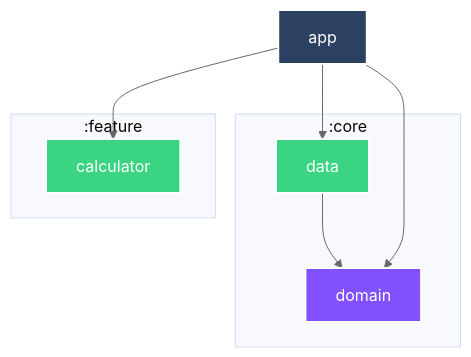
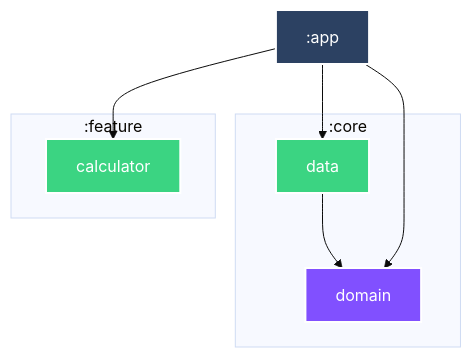
One commit to Mett-Barr/flights-information changed the diagram in README.md. Above: the diagram before and after it, drawn with Mermaid. The commit also changed 1 other file, not shown here.

Commit message:
build: flatten the module graph so it stops emitting a duplicate node
外掛 0.13.0 的巢狀分組在同一個模組同時是來源與目標時，會連同
configuration 一起做去重，於是 :core:data 被輸出兩次。平面分組改以
完整模組路徑去重，不會有這個問題。

同時移除 lineColor 覆寫，讓顏色只由模組類型的 classDef 決定；
四條相依全是 implementation，邊上的標籤只會重複資訊，一併關掉。

````diff
--- a/README.md
+++ b/README.md
@@ -93,33 +93,29 @@
 ```mermaid
 %%{
   init: {
-    'theme': 'base',
-    'themeVariables': {"lineColor":"#676767"}
+    'theme': 'base'
   }
 }%%
 
 graph TB
-  :app["app"]
   subgraph :core
     :core:data["data"]
     :core:domain["domain"]
-    :core:data["data"]
   end
   subgraph :feature
     :feature:calculator["calculator"]
   end
-
   :core:data --> :core:domain
   :app --> :core:data
   :app --> :core:domain
   :app --> :feature:calculator
 
 classDef android-library fill:#3BD482,stroke:#fff,stroke-width:2px,color:#fff;
 classDef kotlin-jvm fill:#8150FF,stroke:#fff,stroke-width:2px,color:#fff;
 classDef android-application fill:#2C4162,stroke:#fff,stroke-width:2px,color:#fff;
 class :core:data android-library
 class :core:domain kotlin-jvm
 class :app android-application
 class :feature:calculator android-library
 
 ```
````
